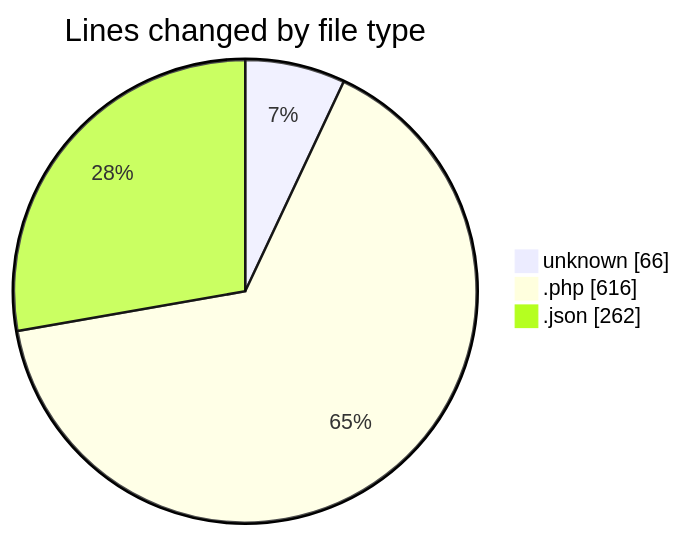
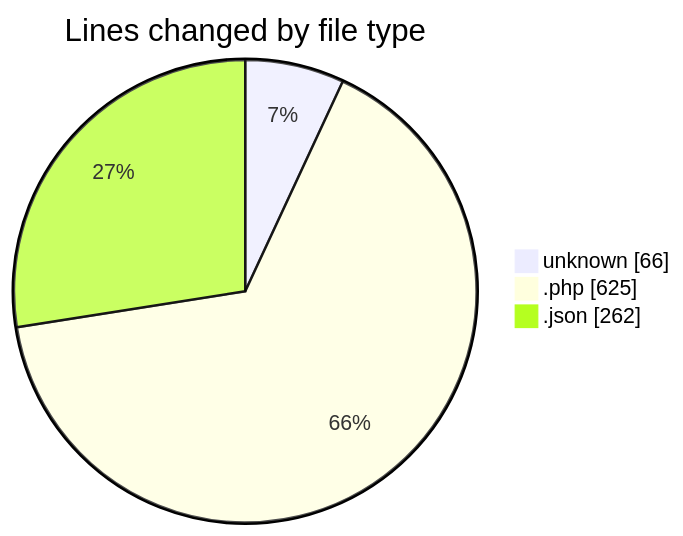
One commit to idhammustaqopulfikri/code-tracking changed the first of 2 diagrams in 2025-11-08/futsal/README.md. Above: the diagram before and after it, drawn with Mermaid. The commit also changed other lines of this file and 1 other file, not shown here.

````diff
--- a/2025-11-08/futsal/README.md
+++ b/2025-11-08/futsal/README.md
@@ -31,7 +31,7 @@
 ```mermaid
 pie showData
 title Lines changed by file type
 "unknown" : 66
-".php" : 616
+".php" : 625
 ".json" : 262
 ```
````
